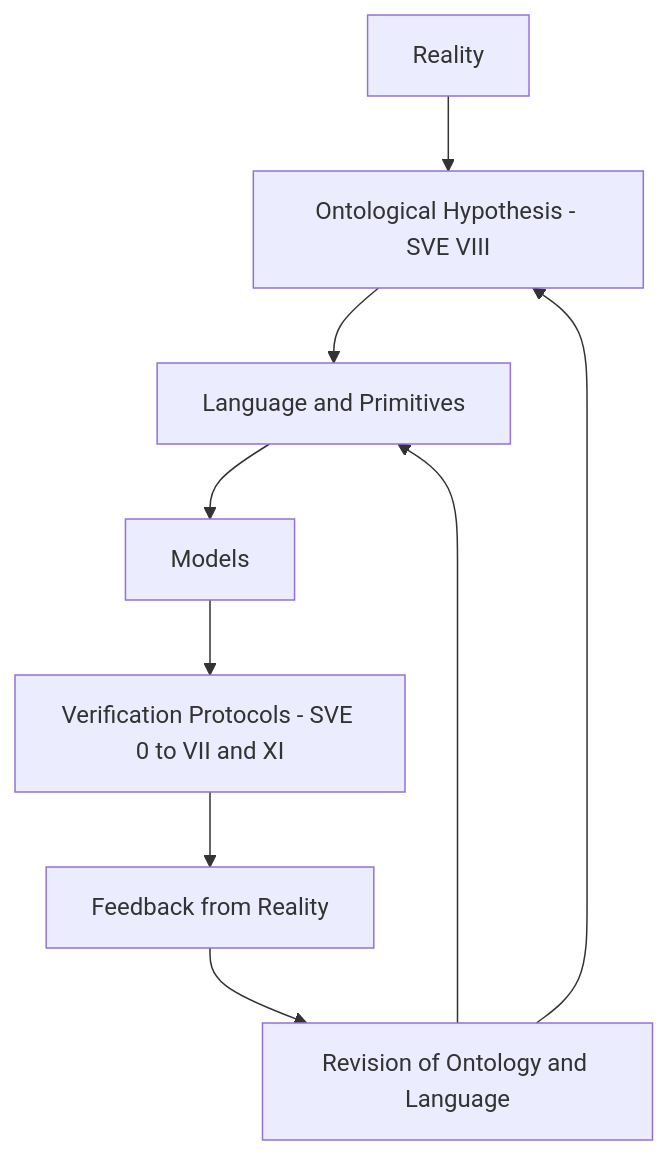
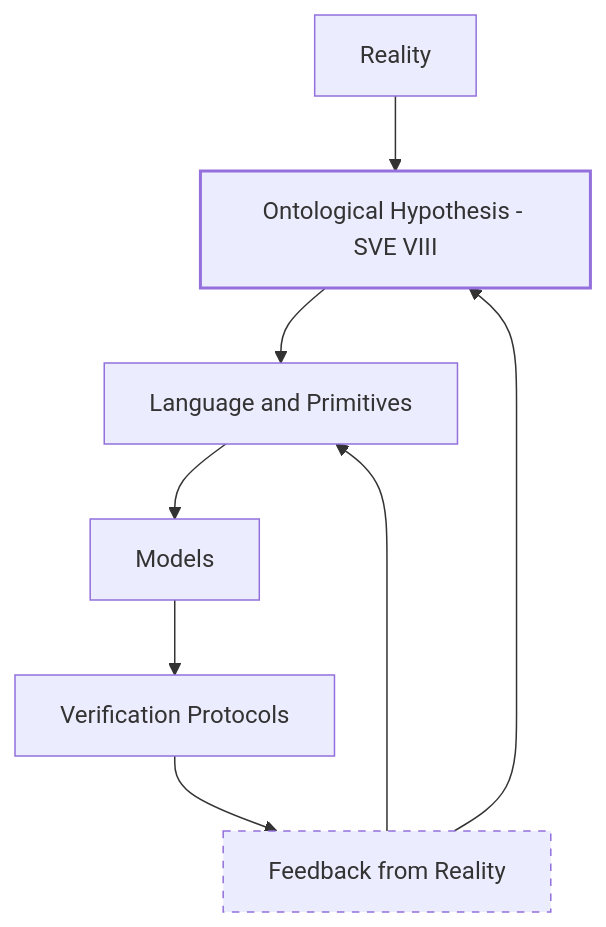
Before and after one commit to skovnats/SVE-Systemic-Verification-Engineering: the diagram in Papers/SVE-8.md, drawn with Mermaid. The commit also changed other lines of this file, not shown here.

````diff
--- a/Papers/SVE-8.md
+++ b/Papers/SVE-8.md
@@ -13,20 +13,17 @@
 ```mermaid
 flowchart TD
     R[Reality]
     O[Ontological Hypothesis - SVE VIII]
     L[Language and Primitives]
     M[Models]
-    V[Verification Protocols - SVE 0 to VII and XI]
+    V[Verification Protocols]
     F[Feedback from Reality]
-    C[Revision of Ontology and Language]
 
-    R --> O
-    O --> L
-    L --> M
-    M --> V
-    V --> F
-    F --> C
-    C --> O
-    C --> L
+    R --> O --> L --> M --> V --> F
+    F --> O
+    F --> L
+
+    style O stroke-width:2px
+    style F stroke-dasharray: 5 5
 
 ```
````
